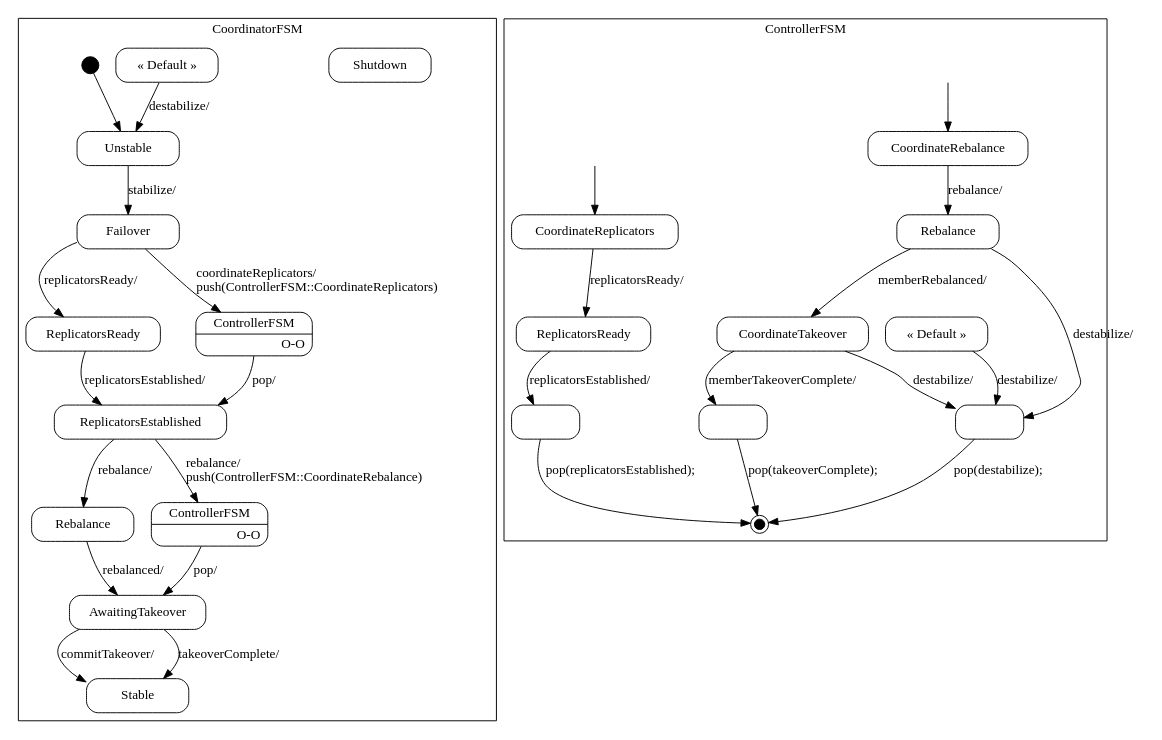
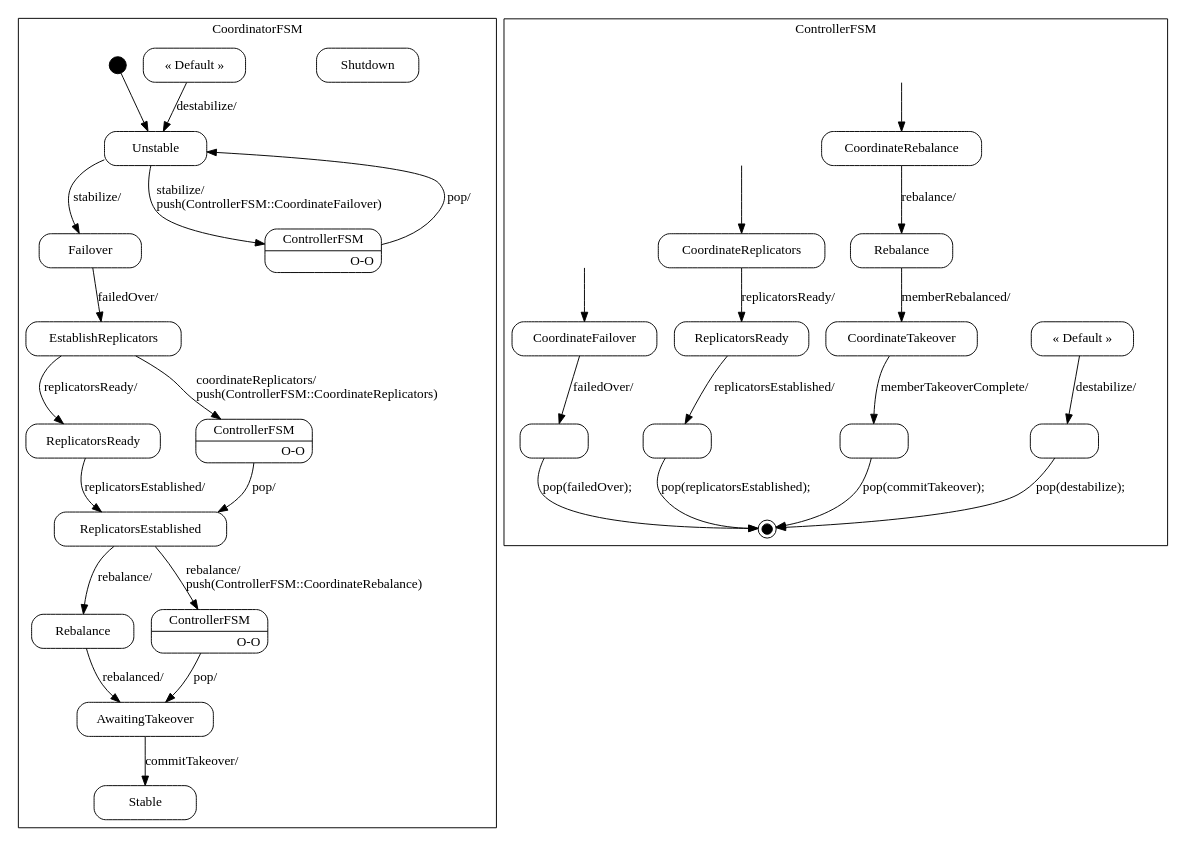
The diagram in spindle/doc/Coordinator_sm.dot (vmehra-sfdc/Ouroboros), drawn with Graphviz before and after one commit. The commit also changed 10 other files, not shown here.

Commit message:
Coordinate failover from weaver controller.  Failover is now done in 2 phases to allow the weaver channel buffer processes to failover first before the other processes failover to the new primaries.

```diff
--- a/spindle/doc/Coordinator_sm.dot
+++ b/spindle/doc/Coordinator_sm.dot
@@ -19,6 +19,9 @@
 
         "CoordinatorFSM::Failover"
             [label="{Failover}"];
+
+        "CoordinatorFSM::EstablishReplicators"
+            [label="{EstablishReplicators}"];
 
         "CoordinatorFSM::ReplicatorsReady"
             [label="{ReplicatorsReady}"];
@@ -44,6 +47,9 @@
         "CoordinatorFSM::AwaitingTakeover::ControllerFSM"
             [label="{ControllerFSM|O-O\r}"]
 
+        "CoordinatorFSM::Unstable::ControllerFSM"
+            [label="{ControllerFSM|O-O\r}"]
+
         "%start"
             [label="" shape=circle style=filled fillcolor=black width=0.25];
 
@@ -51,13 +57,19 @@
         // Transitions (Edges)
         //
 
+        "CoordinatorFSM::Unstable" -> "CoordinatorFSM::Unstable::ControllerFSM"
+            [label="stabilize/\lpush(ControllerFSM::CoordinateFailover)\l"];
+
         "CoordinatorFSM::Unstable" -> "CoordinatorFSM::Failover"
             [label="stabilize/\l"];
 
-        "CoordinatorFSM::Failover" -> "CoordinatorFSM::ReplicatorsEstablished::ControllerFSM"
+        "CoordinatorFSM::Failover" -> "CoordinatorFSM::EstablishReplicators"
+            [label="failedOver/\l"];
+
+        "CoordinatorFSM::EstablishReplicators" -> "CoordinatorFSM::ReplicatorsEstablished::ControllerFSM"
             [label="coordinateReplicators/\lpush(ControllerFSM::CoordinateReplicators)\l"];
 
-        "CoordinatorFSM::Failover" -> "CoordinatorFSM::ReplicatorsReady"
+        "CoordinatorFSM::EstablishReplicators" -> "CoordinatorFSM::ReplicatorsReady"
             [label="replicatorsReady/\l"];
 
         "CoordinatorFSM::ReplicatorsReady" -> "CoordinatorFSM::ReplicatorsEstablished"
@@ -75,9 +87,6 @@
         "CoordinatorFSM::AwaitingTakeover" -> "CoordinatorFSM::Stable"
             [label="commitTakeover/\l"];
 
-        "CoordinatorFSM::AwaitingTakeover" -> "CoordinatorFSM::Stable"
-            [label="takeoverComplete/\l"];
-
         "CoordinatorFSM::DefaultState" -> "CoordinatorFSM::Unstable"
             [label="destabilize/\l"];
 
@@ -85,6 +94,9 @@
             [label="pop/"]
 
         "CoordinatorFSM::AwaitingTakeover::ControllerFSM" -> "CoordinatorFSM::AwaitingTakeover"
+            [label="pop/"]
+
+        "CoordinatorFSM::Unstable::ControllerFSM" -> "CoordinatorFSM::Unstable"
             [label="pop/"]
 
         "%start" -> "CoordinatorFSM::Unstable"
@@ -97,6 +109,9 @@
         //
         // States (Nodes)
         //
+
+        "ControllerFSM::CoordinateFailover"
+            [label="{CoordinateFailover}"];
 
         "ControllerFSM::CoordinateReplicators"
             [label="{CoordinateReplicators}"];
@@ -119,10 +134,13 @@
         "ControllerFSM::pop(destabilize)"
             [label="" width=1]
 
-        "ControllerFSM::pop(takeoverComplete)"
+        "ControllerFSM::pop(commitTakeover)"
             [label="" width=1]
 
         "ControllerFSM::pop(replicatorsEstablished)"
+            [label="" width=1]
+
+        "ControllerFSM::pop(failedOver)"
             [label="" width=1]
 
         "ControllerFSM::%end"
@@ -134,9 +152,15 @@
         "push(ControllerFSM::CoordinateReplicators)"
             [label="" shape=plaintext];
 
+        "push(ControllerFSM::CoordinateFailover)"
+            [label="" shape=plaintext];
+
         //
         // Transitions (Edges)
         //
+
+        "ControllerFSM::CoordinateFailover" -> "ControllerFSM::pop(failedOver)"
+            [label="failedOver/\l"];
 
         "ControllerFSM::CoordinateReplicators" -> "ControllerFSM::ReplicatorsReady"
             [label="replicatorsReady/\l"];
@@ -150,14 +174,8 @@
         "ControllerFSM::Rebalance" -> "ControllerFSM::CoordinateTakeover"
             [label="memberRebalanced/\l"];
 
-        "ControllerFSM::Rebalance" -> "ControllerFSM::pop(destabilize)"
-            [label="destabilize/\l"];
-
-        "ControllerFSM::CoordinateTakeover" -> "ControllerFSM::pop(takeoverComplete)"
+        "ControllerFSM::CoordinateTakeover" -> "ControllerFSM::pop(commitTakeover)"
             [label="memberTakeoverComplete/\l"];
-
-        "ControllerFSM::CoordinateTakeover" -> "ControllerFSM::pop(destabilize)"
-            [label="destabilize/\l"];
 
         "ControllerFSM::DefaultState" -> "ControllerFSM::pop(destabilize)"
             [label="destabilize/\l"];
@@ -165,17 +183,23 @@
         "ControllerFSM::pop(destabilize)" -> "ControllerFSM::%end"
             [label="pop(destabilize);\l"];
 
-        "ControllerFSM::pop(takeoverComplete)" -> "ControllerFSM::%end"
-            [label="pop(takeoverComplete);\l"];
+        "ControllerFSM::pop(commitTakeover)" -> "ControllerFSM::%end"
+            [label="pop(commitTakeover);\l"];
 
         "ControllerFSM::pop(replicatorsEstablished)" -> "ControllerFSM::%end"
             [label="pop(replicatorsEstablished);\l"];
+
+        "ControllerFSM::pop(failedOver)" -> "ControllerFSM::%end"
+            [label="pop(failedOver);\l"];
 
         "push(ControllerFSM::CoordinateRebalance)" -> "ControllerFSM::CoordinateRebalance"
             [arrowtail=odot];
 
         "push(ControllerFSM::CoordinateReplicators)" -> "ControllerFSM::CoordinateReplicators"
             [arrowtail=odot];
+
+        "push(ControllerFSM::CoordinateFailover)" -> "ControllerFSM::CoordinateFailover"
+            [arrowtail=odot];
     }
 
 }
```
